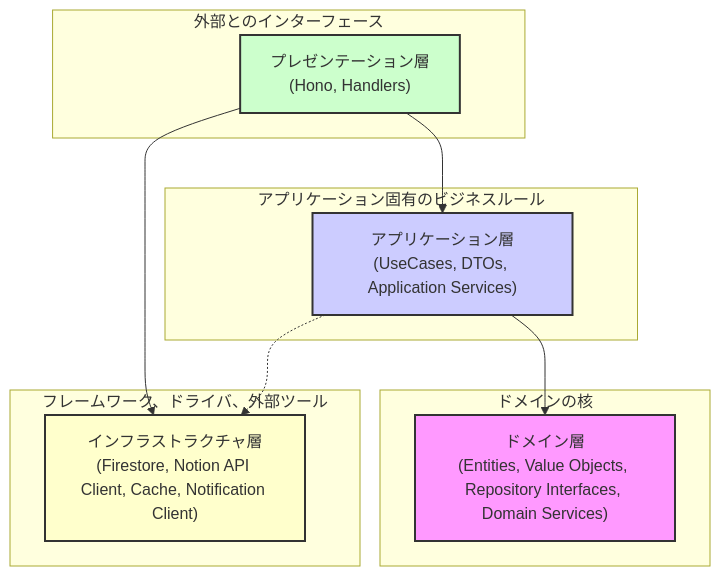
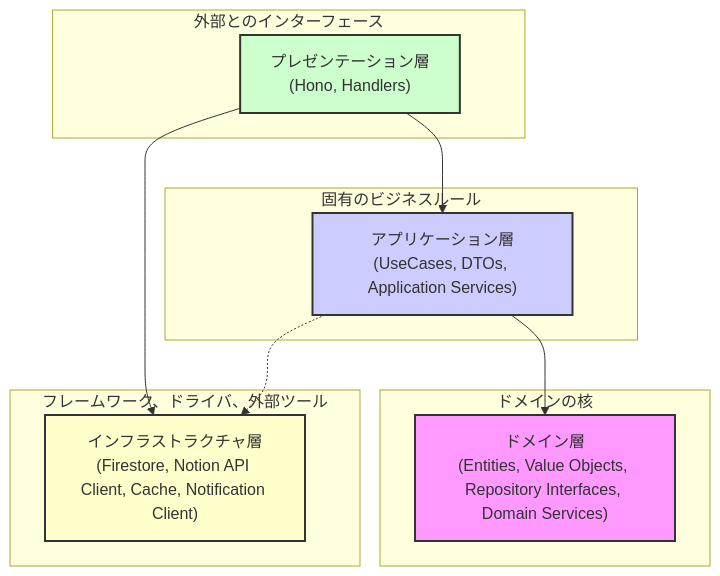
The diagram in docs/architecture.md (masa-massara/notifier), drawn with Mermaid before and after one commit.

````diff
--- a/docs/architecture.md
+++ b/docs/architecture.md
@@ -10,25 +10,25 @@
 ```mermaid
 graph TD
     A["プレゼンテーション層<br>(Hono, Handlers)"] --> B["アプリケーション層<br>(UseCases, DTOs, Application Services)"];
     B --> C["ドメイン層<br>(Entities, Value Objects, Repository Interfaces, Domain Services)"];
     A --> D["インフラストラクチャ層<br>(Firestore, Notion API Client, Cache, Notification Client)"];
     B -.-> D;
     subgraph "ドメインの核"
         C
     end
-    subgraph "アプリケーション固有のビジネスルール"
+    subgraph "固有のビジネスルール"
         B
     end
     subgraph "外部とのインターフェース"
         A
     end
     subgraph "フレームワーク、ドライバ、外部ツール"
         D
     end
 
     style C fill:#f9f,stroke:#333,stroke-width:2px
     style B fill:#ccf,stroke:#333,stroke-width:2px
     style A fill:#cfc,stroke:#333,stroke-width:2px
     style D fill:#ffc,stroke:#333,stroke-width:2px
 
 ```
````
